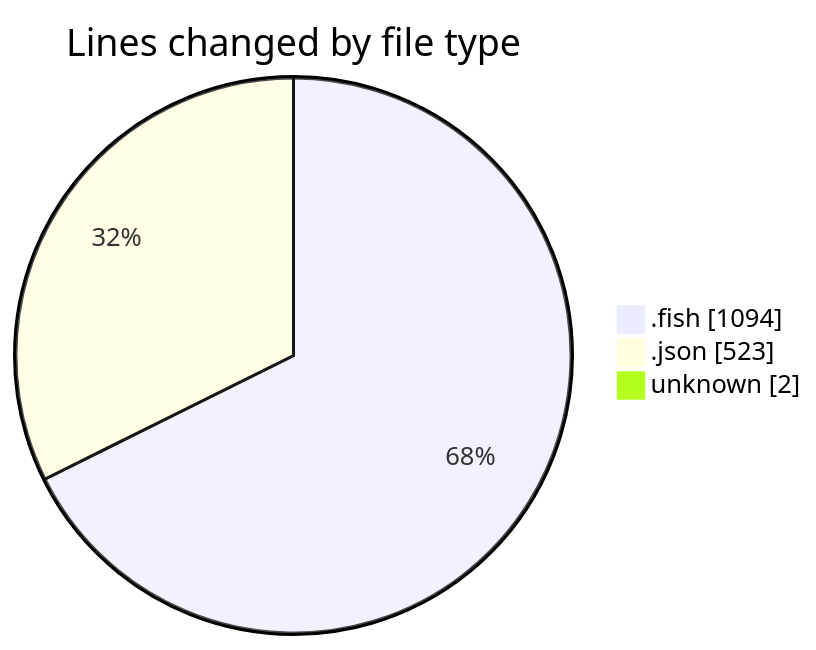
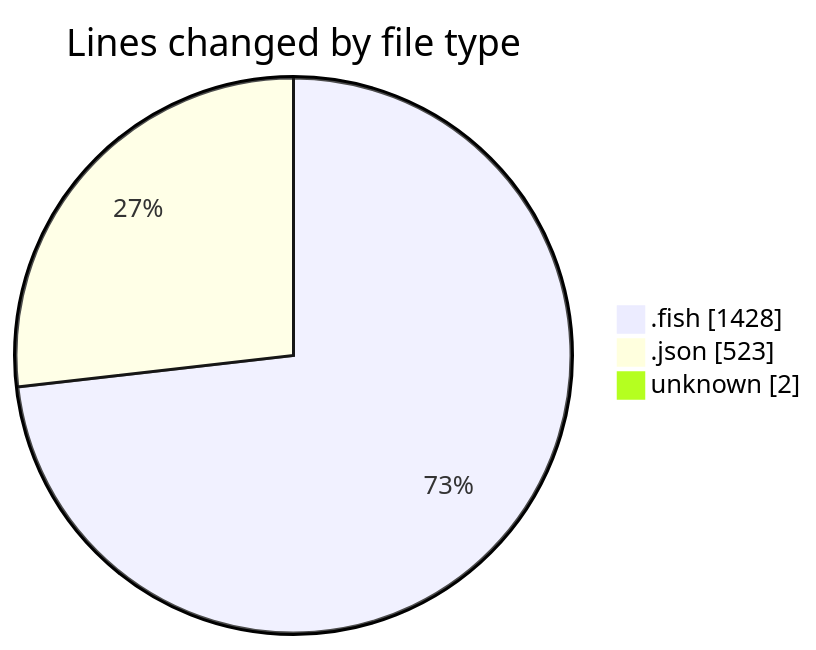
Before and after one commit to EIIisD/code-tracking: the first of 2 diagrams in 2025-07-12/fish/README.md, drawn with Mermaid. The commit also changed other lines of this file and 1 other file, not shown here.

````diff
--- a/2025-07-12/fish/README.md
+++ b/2025-07-12/fish/README.md
@@ -46,7 +68,7 @@
 ```mermaid
 pie showData
 title Lines changed by file type
-".fish" : 1094
+".fish" : 1428
 ".json" : 523
 "unknown" : 2
 ```
````
